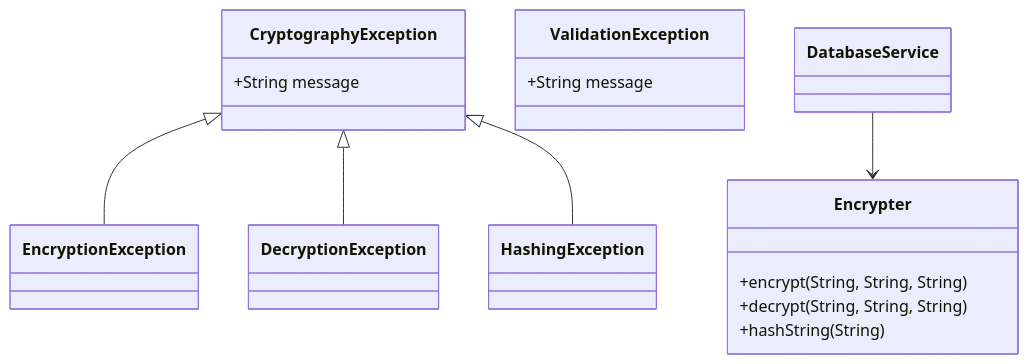
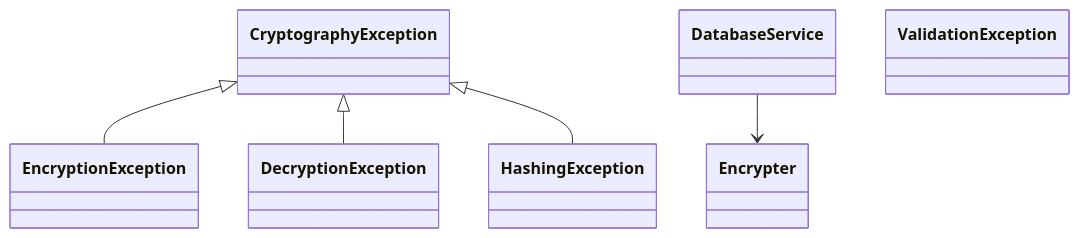
Before and after one commit to Foxi2024/ATdIT_ProjectGroup1: the fifth of 5 diagrams in DEVELOPER.md, drawn with Mermaid. The commit also changed other lines of this file, not shown here.

````diff
--- a/DEVELOPER.md
+++ b/DEVELOPER.md
@@ -231,22 +185,15 @@
 ```mermaid
 classDiagram
-    class Encrypter {
-        +encrypt(String, String, String)
-        +decrypt(String, String, String)
-        +hashString(String)
-    }
-
-    class CryptographyException {
-        +String message
-    }
-
-    class ValidationException {
-        +String message
-    }
-
     CryptographyException <|-- EncryptionException
     CryptographyException <|-- DecryptionException
     CryptographyException <|-- HashingException
+    DatabaseService --> Encrypter
 
-    DatabaseService --> Encrypter
+    class Encrypter
+    class CryptographyException
+    class ValidationException
+    class EncryptionException
+    class DecryptionException
+    class HashingException
+    class DatabaseService
 ```
````
